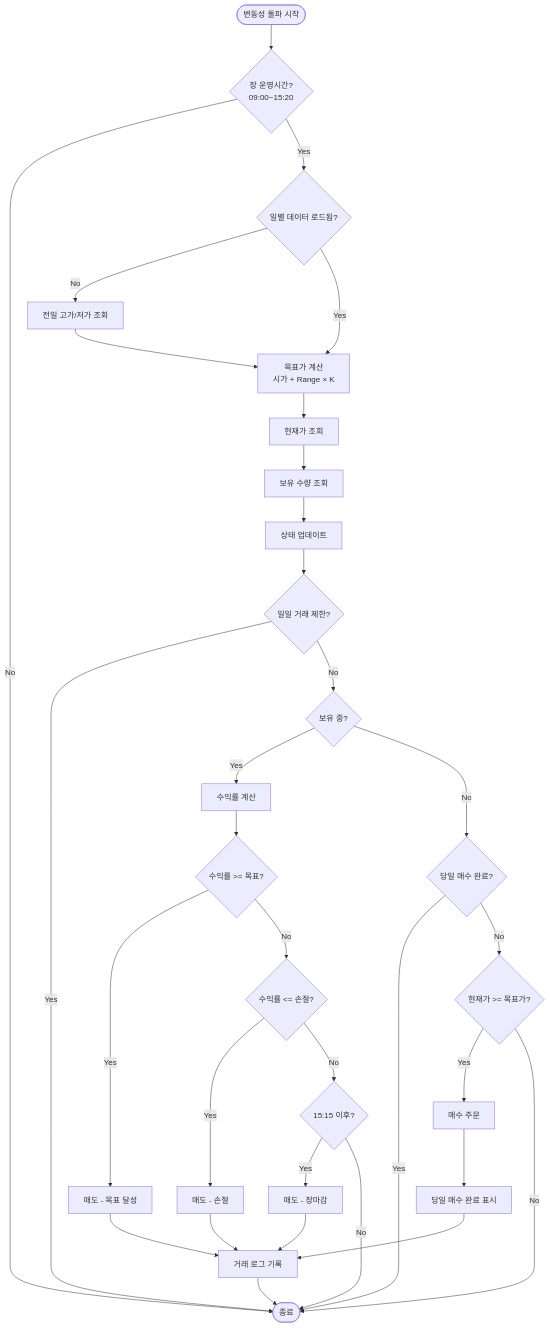
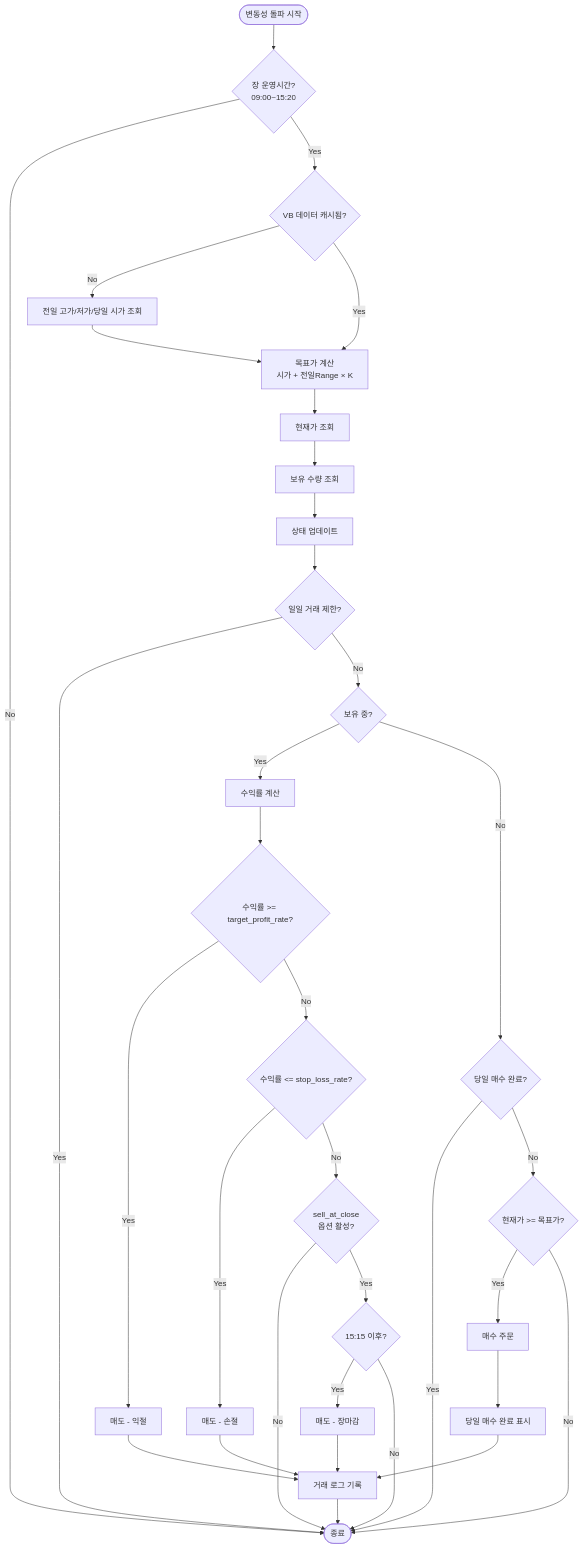
Before and after one commit to tanminkwan/woo-trading: the fourth of 6 diagrams in README.md, drawn with Mermaid. The commit also changed other lines of this file, not shown here.

First line of the commit message:
docs: README flowchart 현행화

````diff
--- a/README.md
+++ b/README.md
@@ -561,40 +566,42 @@
 ```mermaid
 flowchart TD
     Start([변동성 돌파 시작]) --> CheckTime{장 운영시간?<br/>09:00~15:20}
     CheckTime -->|No| End([종료])
-    CheckTime -->|Yes| LoadData{일별 데이터 로드됨?}
+    CheckTime -->|Yes| CheckCache{VB 데이터 캐시됨?}
 
-    LoadData -->|No| FetchDaily[전일 고가/저가 조회]
+    CheckCache -->|No| FetchDaily[전일 고가/저가/당일 시가 조회]
     FetchDaily --> CalcTarget
-    LoadData -->|Yes| CalcTarget[목표가 계산<br/>시가 + Range × K]
+    CheckCache -->|Yes| CalcTarget[목표가 계산<br/>시가 + 전일Range × K]
 
     CalcTarget --> GetPrice[현재가 조회]
     GetPrice --> GetBalance[보유 수량 조회]
     GetBalance --> UpdateStatus[상태 업데이트]
 
     UpdateStatus --> CheckLimit{일일 거래 제한?}
     CheckLimit -->|Yes| End
     CheckLimit -->|No| CheckHolding{보유 중?}
 
     CheckHolding -->|Yes| CalcProfit[수익률 계산]
-    CalcProfit --> CheckTarget{수익률 >= 목표?}
-    CheckTarget -->|Yes| ExecuteSell[매도 - 목표 달성]
-    CheckTarget -->|No| CheckStop{수익률 <= 손절?}
+    CalcProfit --> CheckTarget{수익률 >= target_profit_rate?}
+    CheckTarget -->|Yes| ExecuteSell[매도 - 익절]
+    CheckTarget -->|No| CheckStop{수익률 <= stop_loss_rate?}
     CheckStop -->|Yes| ExecuteStopLoss[매도 - 손절]
-    CheckStop -->|No| CheckClose{15:15 이후?}
-    CheckClose -->|Yes| ExecuteClose[매도 - 장마감]
-    CheckClose -->|No| End
+    CheckStop -->|No| CheckCloseOption{sell_at_close<br/>옵션 활성?}
+    CheckCloseOption -->|No| End
+    CheckCloseOption -->|Yes| CheckCloseTime{15:15 이후?}
+    CheckCloseTime -->|Yes| ExecuteClose[매도 - 장마감]
+    CheckCloseTime -->|No| End
 
     CheckHolding -->|No| CheckBought{당일 매수 완료?}
     CheckBought -->|Yes| End
     CheckBought -->|No| CheckBreakout{현재가 >= 목표가?}
     CheckBreakout -->|Yes| ExecuteBuy[매수 주문]
     CheckBreakout -->|No| End
 
     ExecuteSell --> LogTrade[거래 로그 기록]
     ExecuteStopLoss --> LogTrade
     ExecuteClose --> LogTrade
     ExecuteBuy --> MarkBought[당일 매수 완료 표시]
     MarkBought --> LogTrade
     LogTrade --> End
 ```
````
